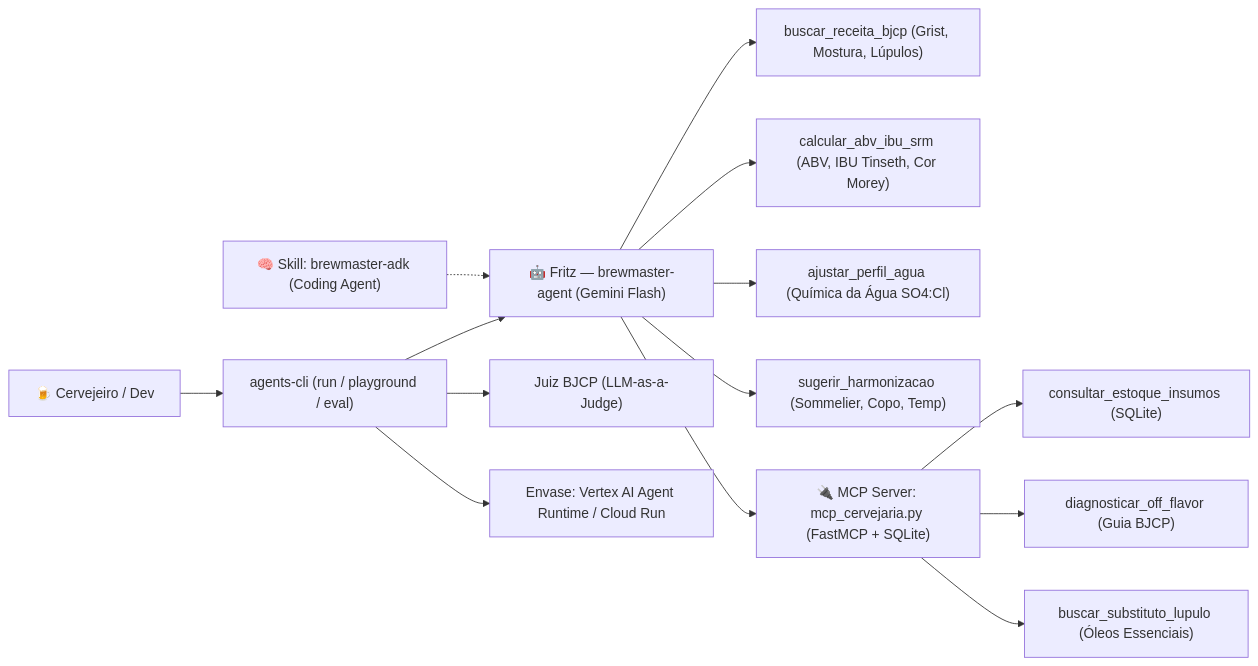
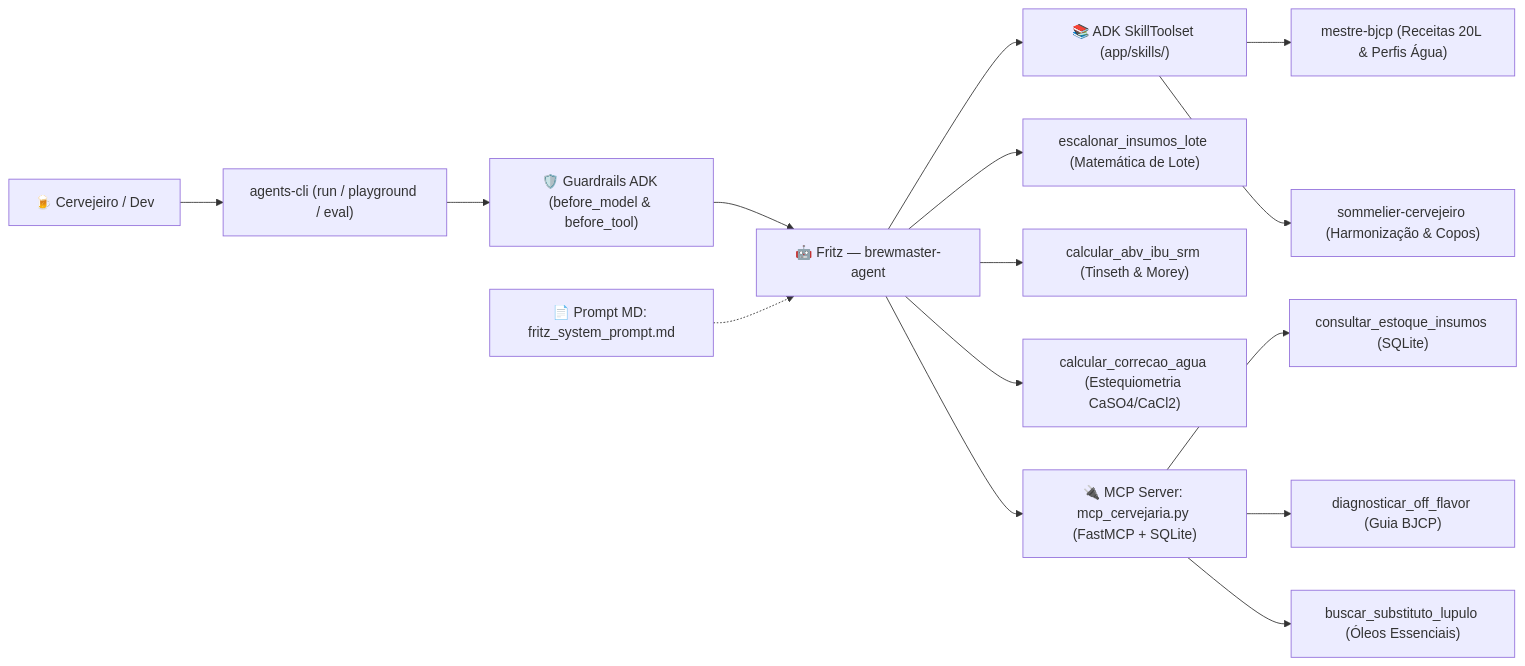
The diagram in README.md (felipemoz/brewmaster-with-adk), drawn with Mermaid before and after one commit. The commit also changed other lines of this file and 8 other files, not shown here.

Commit message:
refactor(architecture): extract static domain knowledge from agent.py into ADK SkillToolset (mestre-bjcp, sommelier-cervejeiro) and Markdown prompt

````diff
--- a/README.md
+++ b/README.md
@@ -19,16 +19,17 @@
 ```mermaid
 flowchart LR
     U["🍺 Cervejeiro / Dev"] --> CLI["agents-cli (run / playground / eval)"]
-    SK["🧠 Skill: brewmaster-adk (Coding Agent)"] -.-> AG
-    CLI --> AG["🤖 Fritz — brewmaster-agent (Gemini Flash)"]
-    AG --> T1["buscar_receita_bjcp (Grist, Mostura, Lúpulos)"]
-    AG --> T2["calcular_abv_ibu_srm (ABV, IBU Tinseth, Cor Morey)"]
-    AG --> T3["ajustar_perfil_agua (Química da Água SO4:Cl)"]
-    AG --> T4["sugerir_harmonizacao (Sommelier, Copo, Temp)"]
+    CLI --> G["🛡️ Guardrails ADK (before_model & before_tool)"]
+    G --> AG["🤖 Fritz — brewmaster-agent"]
+    P["📄 Prompt MD: fritz_system_prompt.md"] -.-> AG
+    AG --> SK["📚 ADK SkillToolset (app/skills/)"]
+    SK --> S1["mestre-bjcp (Receitas 20L & Perfis Água)"]
+    SK --> S2["sommelier-cervejeiro (Harmonização & Copos)"]
+    AG --> T1["escalonar_insumos_lote (Matemática de Lote)"]
+    AG --> T2["calcular_abv_ibu_srm (Tinseth & Morey)"]
+    AG --> T3["calcular_correcao_agua (Estequiometria CaSO4/CaCl2)"]
     AG --> MCP["🔌 MCP Server: mcp_cervejaria.py (FastMCP + SQLite)"]
     MCP --> M1["consultar_estoque_insumos (SQLite)"]
     MCP --> M2["diagnosticar_off_flavor (Guia BJCP)"]
     MCP --> M3["buscar_substituto_lupulo (Óleos Essenciais)"]
-    CLI --> EV["Juiz BJCP (LLM-as-a-Judge)"]
-    CLI --> DP["Envase: Vertex AI Agent Runtime / Cloud Run"]
 ```
````
